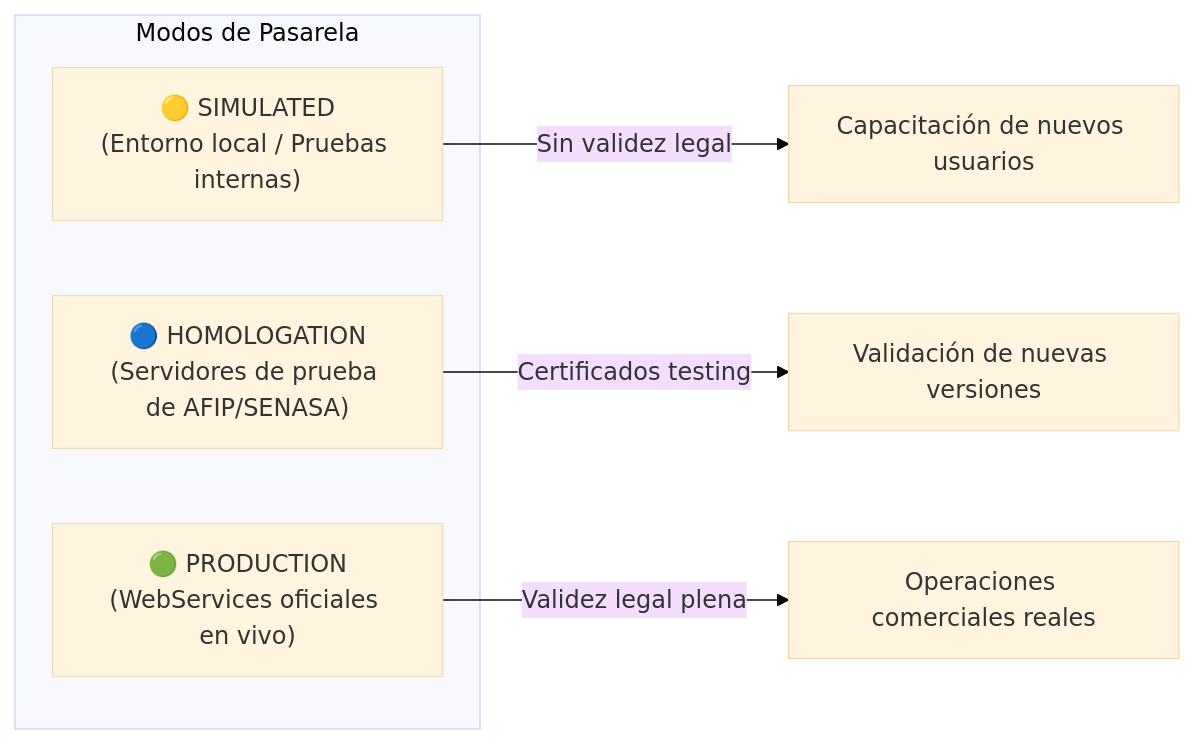
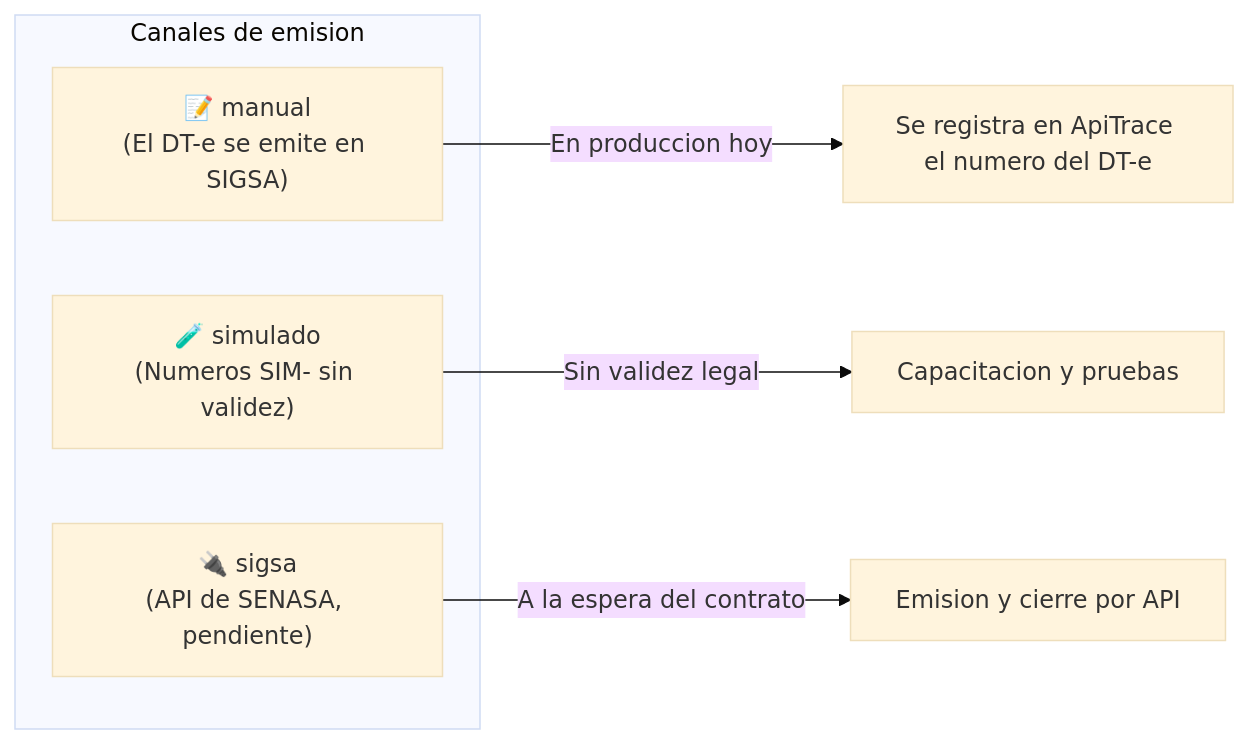
One commit to josephred/ApiTrace changed the second of 2 diagrams in docs/manuales/06-manual-administrador.md. Above: the diagram before and after it, drawn with Mermaid (base theme). The commit also changed other lines of this file and 114 other files, not shown here.

````diff
--- a/docs/manuales/06-manual-administrador.md
+++ b/docs/manuales/06-manual-administrador.md
@@ -90,12 +94,12 @@
 ```mermaid
 graph LR
-    subgraph Modos de Pasarela
-        M1["🟡 SIMULATED\n(Entorno local / Pruebas internas)"]
-        M2["🔵 HOMOLOGATION\n(Servidores de prueba de AFIP/SENASA)"]
-        M3["🟢 PRODUCTION\n(WebServices oficiales en vivo)"]
+    subgraph Canales de emision
+        M1["📝 manual\n(El DT-e se emite en SIGSA)"]
+        M2["🧪 simulado\n(Numeros SIM- sin validez)"]
+        M3["🔌 sigsa\n(API de SENASA, pendiente)"]
     end
 
-    M1 -->|Sin validez legal| Dev["Capacitación de nuevos usuarios"]
-    M2 -->|Certificados testing| Test["Validación de nuevas versiones"]
-    M3 -->|Validez legal plena| Prod["Operaciones comerciales reales"]
+    M1 -->|En produccion hoy| Prod["Se registra en ApiTrace el numero del DT-e"]
+    M2 -->|Sin validez legal| Dev["Capacitacion y pruebas"]
+    M3 -->|A la espera del contrato| Next["Emision y cierre por API"]
 ```
````
